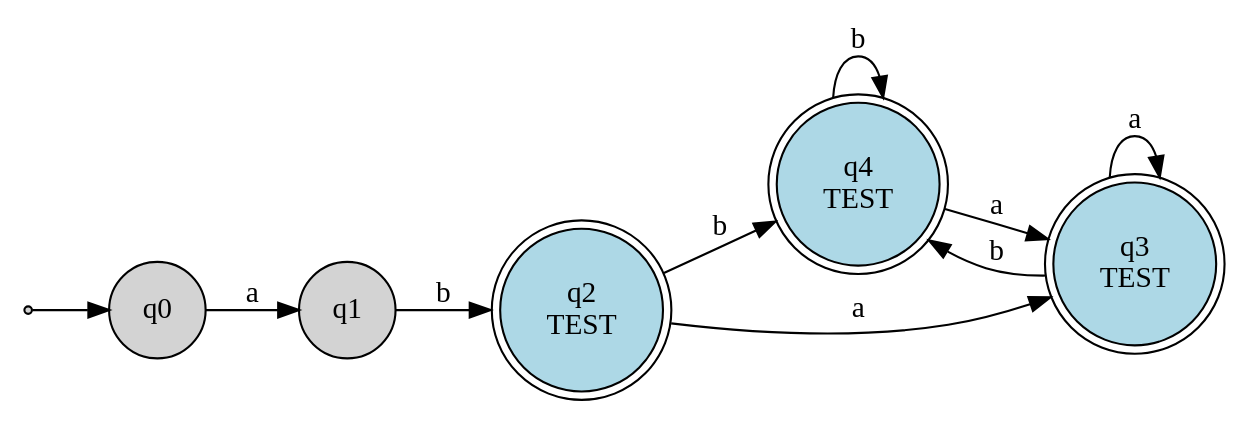
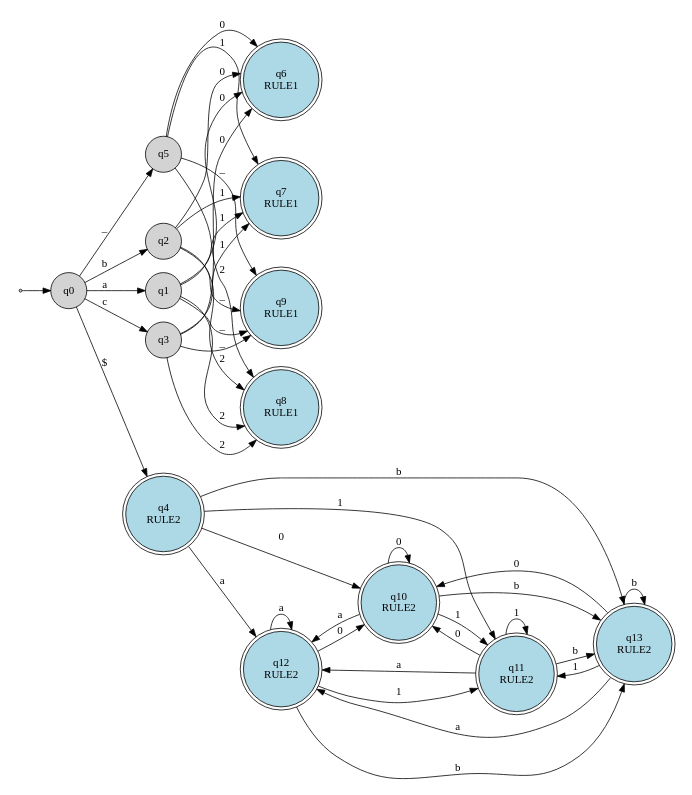
The diagram in src/main/java/com/luma/lexer/dfa.dot (mdanishharoon/luma), drawn with Graphviz before and after one commit. The commit also changed 5 other files, not shown here.

Commit message:
Regenerated graphs for new rules

```diff
--- a/src/main/java/com/luma/lexer/dfa.dot
+++ b/src/main/java/com/luma/lexer/dfa.dot
@@ -1,21 +1,63 @@
 digraph DFA {
     rankdir=LR;
     size="8,5";
     node [shape = doublecircle, style=filled, fillcolor=lightblue];
-    q4 [label="q4\nTEST"];
-    q3 [label="q3\nTEST"];
-    q2 [label="q2\nTEST"];
+    q7 [label="q7\nRULE1"];
+    q9 [label="q9\nRULE1"];
+    q12 [label="q12\nRULE2"];
+    q6 [label="q6\nRULE1"];
+    q8 [label="q8\nRULE1"];
+    q4 [label="q4\nRULE2"];
+    q10 [label="q10\nRULE2"];
+    q13 [label="q13\nRULE2"];
+    q11 [label="q11\nRULE2"];
     node [shape = circle, style=filled, fillcolor=lightgrey];
+    q1 [label="q1"];
+    q3 [label="q3"];
+    q5 [label="q5"];
+    q2 [label="q2"];
     q0 [label="q0"];
-    q1 [label="q1"];
-    q4 -> q3 [label="a"];
-    q4 -> q4 [label="b"];
+    q1 -> q6 [label="0"];
+    q1 -> q7 [label="1"];
+    q1 -> q8 [label="2"];
+    q1 -> q9 [label="_"];
+    q12 -> q10 [label="0"];
+    q12 -> q11 [label="1"];
+    q12 -> q12 [label="a"];
+    q12 -> q13 [label="b"];
+    q3 -> q6 [label="0"];
+    q3 -> q7 [label="1"];
+    q3 -> q8 [label="2"];
+    q3 -> q9 [label="_"];
+    q5 -> q6 [label="0"];
+    q5 -> q7 [label="1"];
+    q5 -> q8 [label="2"];
+    q5 -> q9 [label="_"];
+    q2 -> q6 [label="0"];
+    q2 -> q7 [label="1"];
+    q2 -> q8 [label="2"];
+    q2 -> q9 [label="_"];
+    q4 -> q10 [label="0"];
+    q4 -> q11 [label="1"];
+    q4 -> q12 [label="a"];
+    q4 -> q13 [label="b"];
+    q10 -> q10 [label="0"];
+    q10 -> q11 [label="1"];
+    q10 -> q12 [label="a"];
+    q10 -> q13 [label="b"];
     q0 -> q1 [label="a"];
-    q1 -> q2 [label="b"];
-    q3 -> q3 [label="a"];
-    q3 -> q4 [label="b"];
-    q2 -> q3 [label="a"];
-    q2 -> q4 [label="b"];
+    q0 -> q2 [label="b"];
+    q0 -> q3 [label="c"];
+    q0 -> q4 [label="$"];
+    q0 -> q5 [label="_"];
+    q13 -> q10 [label="0"];
+    q13 -> q11 [label="1"];
+    q13 -> q12 [label="a"];
+    q13 -> q13 [label="b"];
+    q11 -> q10 [label="0"];
+    q11 -> q11 [label="1"];
+    q11 -> q12 [label="a"];
+    q11 -> q13 [label="b"];
     start [shape=point];
     start -> q0;
 }
```
